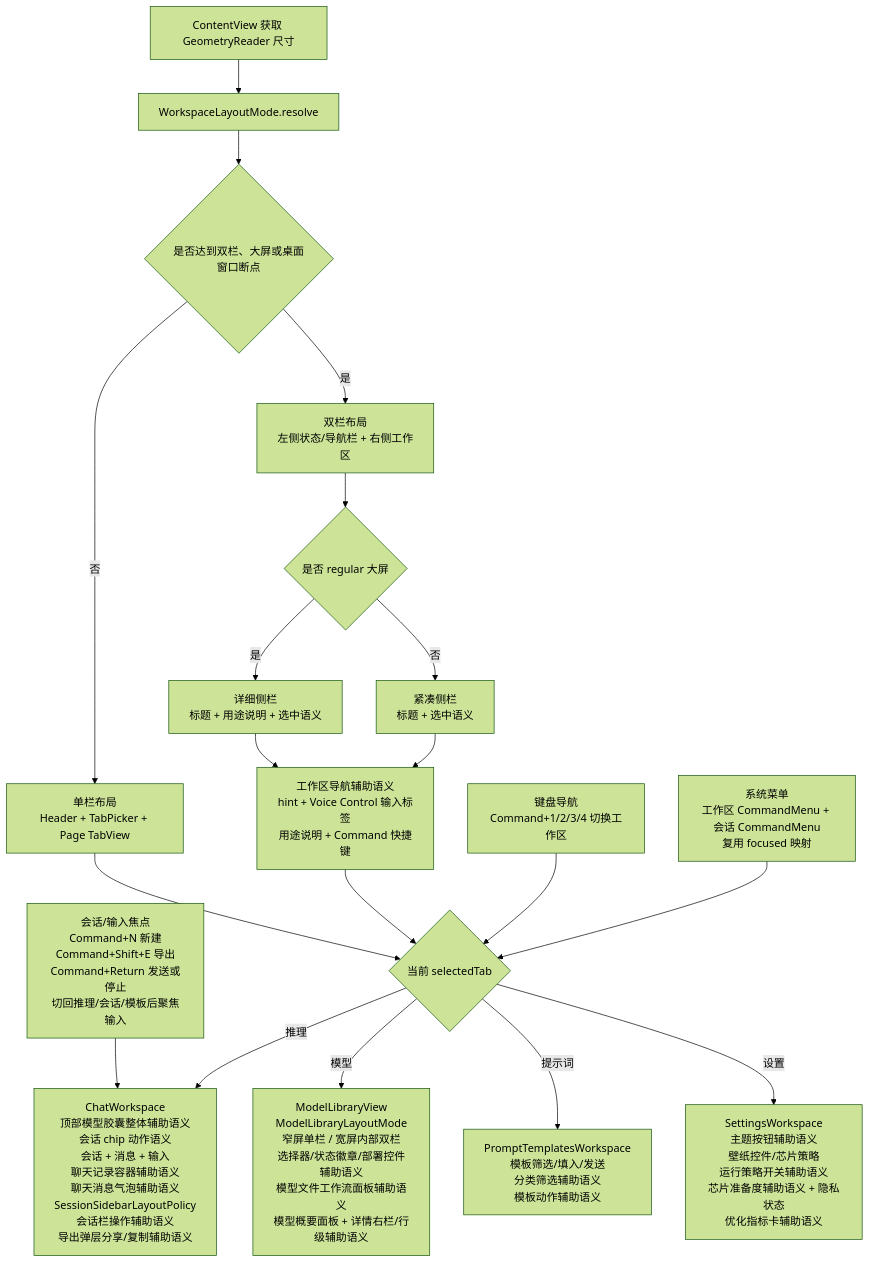
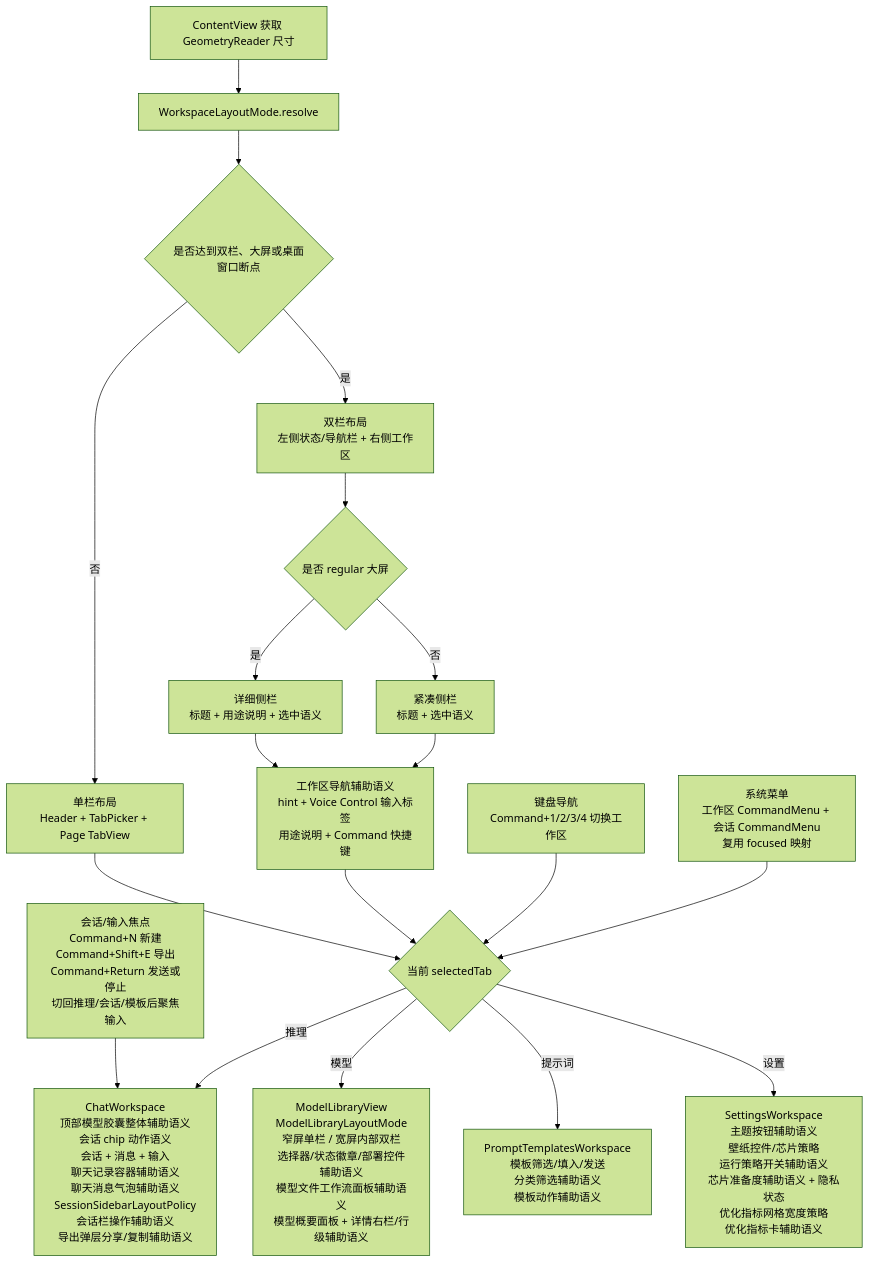
Before and after one commit to Altman-sam114/113: the fourth of 9 diagrams in md/flow/flowchart.md, drawn with Mermaid (forest theme). The commit also changed other lines of this file and 8 other files, not shown here.

````diff
--- a/md/flow/flowchart.md
+++ b/md/flow/flowchart.md
@@ -68,21 +68,21 @@
 ```mermaid
 flowchart TD
     A[ContentView 获取 GeometryReader 尺寸] --> B[WorkspaceLayoutMode.resolve]
     B --> C{是否达到双栏、大屏或桌面窗口断点}
     C -- 否 --> D[单栏布局<br/>Header + TabPicker + Page TabView]
     C -- 是 --> E[双栏布局<br/>左侧状态/导航栏 + 右侧工作区]
     E --> N{是否 regular 大屏}
     N -- 是 --> O[详细侧栏<br/>标题 + 用途说明 + 选中语义]
     N -- 否 --> P[紧凑侧栏<br/>标题 + 选中语义]
     D --> F{当前 selectedTab}
     O --> X[工作区导航辅助语义<br/>hint + Voice Control 输入标签<br/>用途说明 + Command 快捷键]
     P --> X
     X --> F
     K[键盘导航<br/>Command+1/2/3/4 切换工作区] --> F
     M[系统菜单<br/>工作区 CommandMenu + 会话 CommandMenu<br/>复用 focused 映射] --> F
     L[会话/输入焦点<br/>Command+N 新建<br/>Command+Shift+E 导出<br/>Command+Return 发送或停止<br/>切回推理/会话/模板后聚焦输入] --> G
     F -- 推理 --> G[ChatWorkspace<br/>顶部模型胶囊整体辅助语义<br/>会话 chip 动作语义<br/>会话 + 消息 + 输入<br/>聊天记录容器辅助语义<br/>聊天消息气泡辅助语义<br/>SessionSidebarLayoutPolicy<br/>会话栏操作辅助语义<br/>导出弹层分享/复制辅助语义]
     F -- 模型 --> H[ModelLibraryView<br/>ModelLibraryLayoutMode<br/>窄屏单栏 / 宽屏内部双栏<br/>选择器/状态徽章/部署控件辅助语义<br/>模型文件工作流面板辅助语义<br/>模型概要面板 + 详情右栏/行级辅助语义]
     F -- 提示词 --> I[PromptTemplatesWorkspace<br/>模板筛选/填入/发送<br/>分类筛选辅助语义<br/>模板动作辅助语义]
-    F -- 设置 --> J[SettingsWorkspace<br/>主题按钮辅助语义<br/>壁纸控件/芯片策略<br/>运行策略开关辅助语义<br/>芯片准备度辅助语义 + 隐私状态<br/>优化指标卡辅助语义]
+    F -- 设置 --> J[SettingsWorkspace<br/>主题按钮辅助语义<br/>壁纸控件/芯片策略<br/>运行策略开关辅助语义<br/>芯片准备度辅助语义 + 隐私状态<br/>优化指标网格宽度策略<br/>优化指标卡辅助语义]
 ```
````
